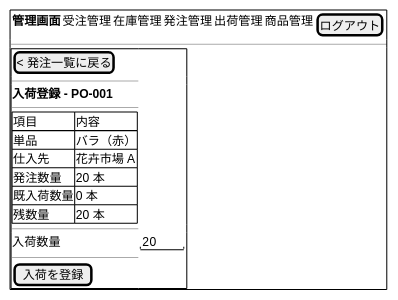
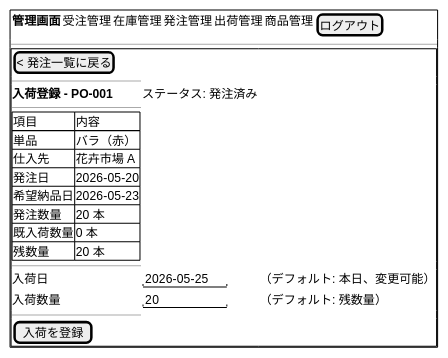
One commit to k2works/case-study-sdd-development changed diagram 17 of 25 in docs/design/ui-design.md. Above: the diagram before and after it, drawn with PlantUML. The commit also changed other lines of this file and 5 other files, not shown here.

````diff
--- a/docs/design/ui-design.md
+++ b/docs/design/ui-design.md
@@ -668,28 +668,31 @@
 ```plantuml
 @startsalt
 {+
   {
     <b>管理画面 | 受注管理 | 在庫管理 | 発注管理 | 出荷管理 | 商品管理 | [ログアウト]
   }
   ---
   {+
     [< 発注一覧に戻る]
     ---
-    <b>入荷登録 - PO-001
+    <b>入荷登録 - PO-001  | ステータス: 発注済み
     ---
     {#
       項目 | 内容
       単品 | バラ（赤）
       仕入先 | 花卉市場 A
+      発注日 | 2026-05-20
+      希望納品日 | 2026-05-23
       発注数量 | 20 本
       既入荷数量 | 0 本
       残数量 | 20 本
     }
     ---
-    入荷数量 | "20   "
+    入荷日   | "2026-05-25" | （デフォルト: 本日、変更可能）
+    入荷数量 | "20        " | （デフォルト: 残数量）
     ---
     [  入荷を登録  ]
   }
 }
 @endsalt
 ```
````
